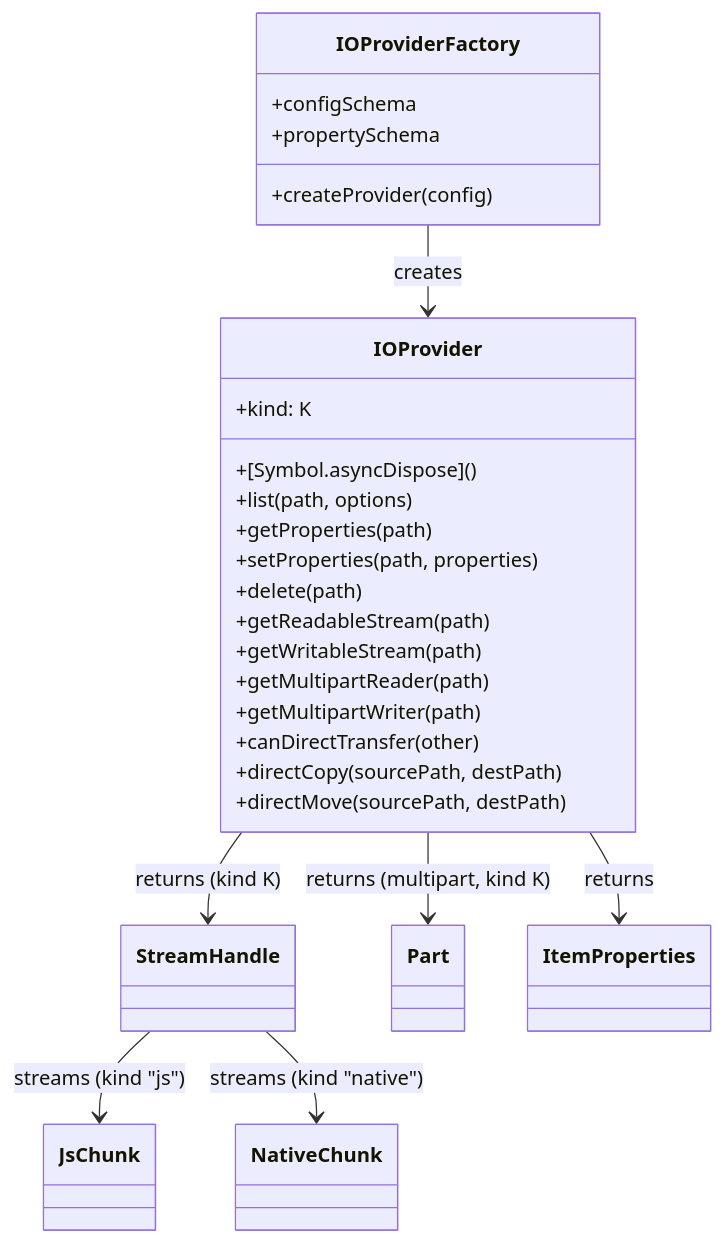
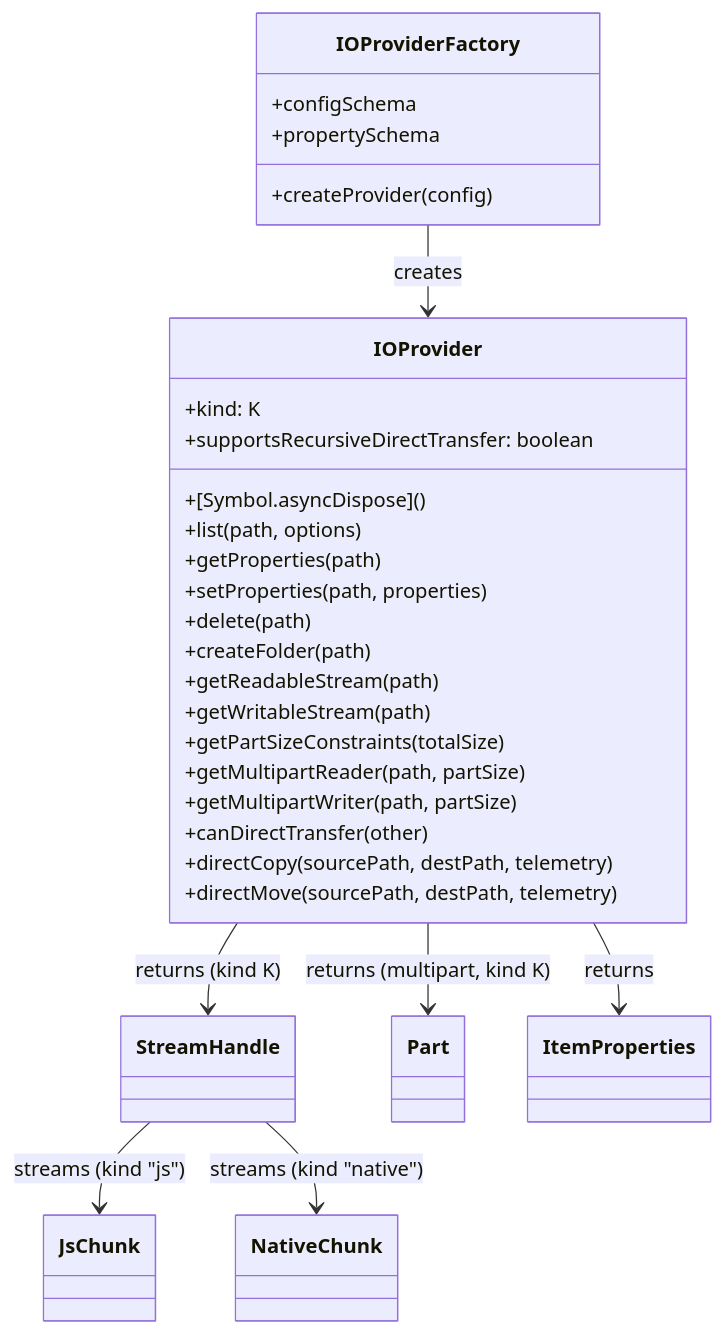
Before and after one commit to flowscripter/pluggable-io-framework-api: the diagram in README.md, drawn with Mermaid. The commit also changed other lines of this file and 6 other files, not shown here.

First line of the commit message:
feat: add multipart part-size negotiation, recursive-transfer and retry contracts (#12)

````diff
--- a/README.md
+++ b/README.md
@@ -79,30 +95,33 @@
 ```mermaid
 classDiagram
     IOProviderFactory --> IOProvider : creates
     IOProvider --> StreamHandle : returns (kind K)
     IOProvider --> Part : returns (multipart, kind K)
     StreamHandle --> JsChunk : streams (kind "js")
     StreamHandle --> NativeChunk : streams (kind "native")
     IOProvider --> ItemProperties : returns
 
     class IOProviderFactory {
       +configSchema
       +propertySchema
       +createProvider(config)
     }
     class IOProvider {
       +kind: K
       +[Symbol.asyncDispose]()
       +list(path, options)
       +getProperties(path)
       +setProperties(path, properties)
       +delete(path)
+      +createFolder(path)
       +getReadableStream(path)
       +getWritableStream(path)
-      +getMultipartReader(path)
-      +getMultipartWriter(path)
+      +getPartSizeConstraints(totalSize)
+      +getMultipartReader(path, partSize)
+      +getMultipartWriter(path, partSize)
       +canDirectTransfer(other)
-      +directCopy(sourcePath, destPath)
-      +directMove(sourcePath, destPath)
+      +supportsRecursiveDirectTransfer: boolean
+      +directCopy(sourcePath, destPath, telemetry)
+      +directMove(sourcePath, destPath, telemetry)
     }
 ```
````
